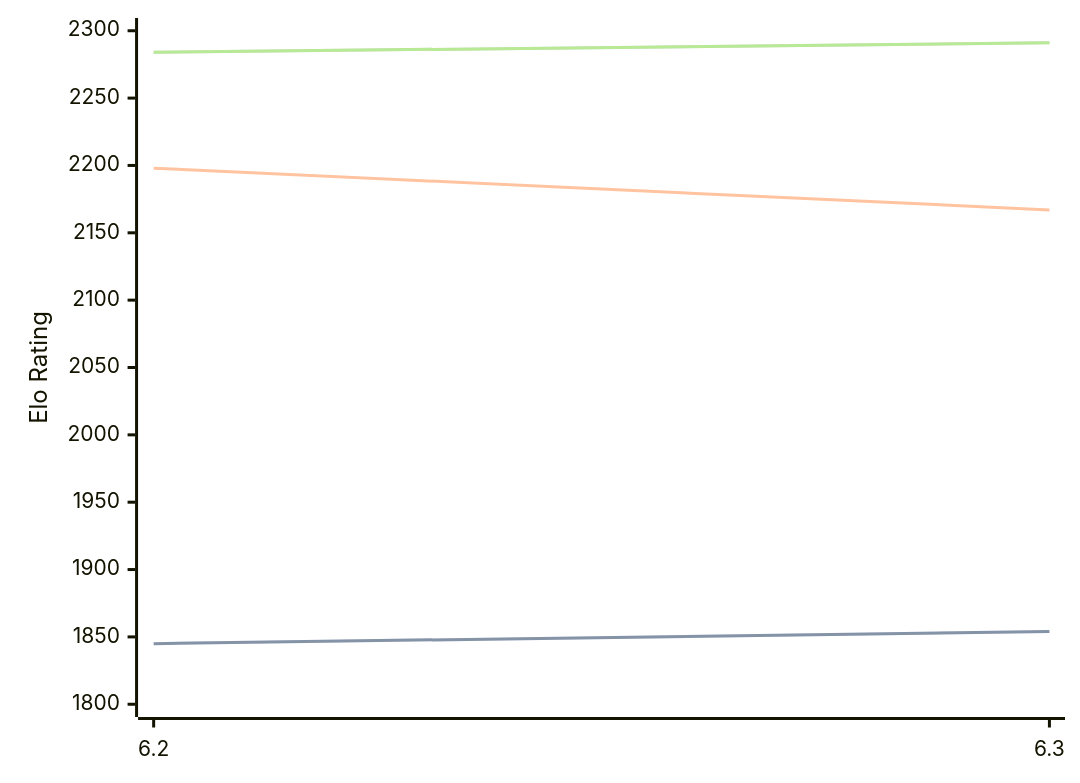
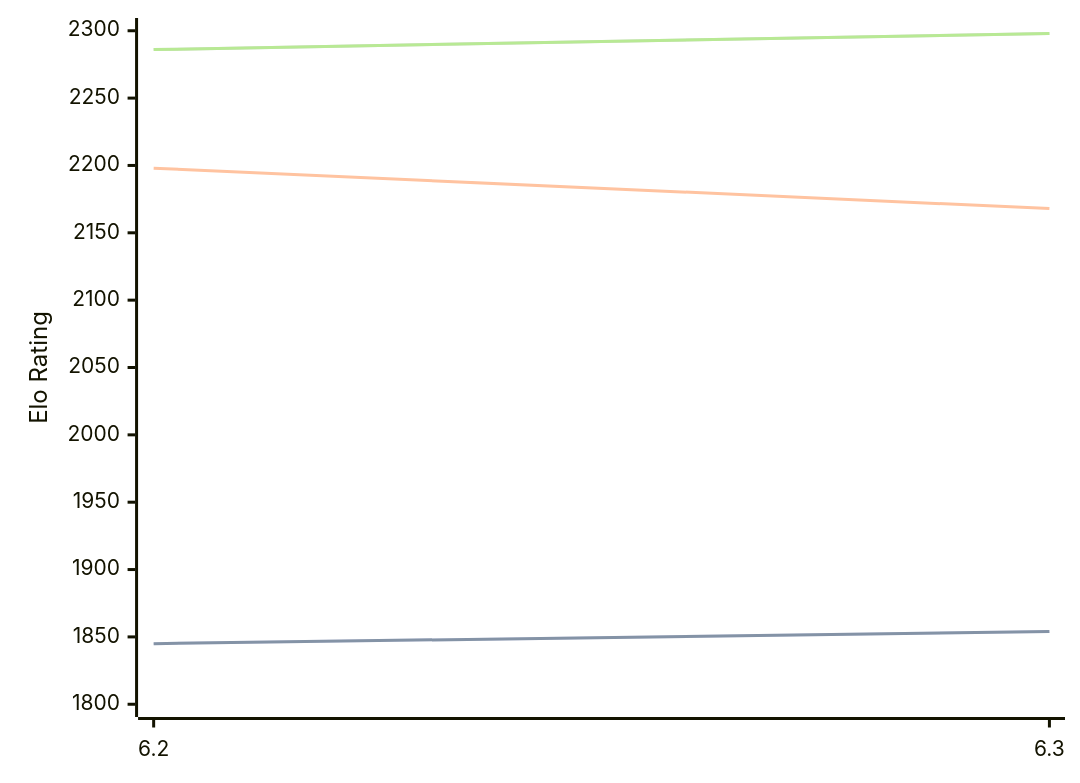
The diagram in engines/chess4j.md (computer-chess-index/cci), drawn with Mermaid before and after one commit. The commit also changed other lines of this file, not shown here.

Commit message:
Update CCI Ratings (ELO VLTC) - 2026-08-15

````diff
--- a/engines/chess4j.md
+++ b/engines/chess4j.md
@@ -32,11 +32,11 @@
 ```mermaid
 %%{init: {"theme":"base","themeVariables":{"seriesColors:['#a3a3a3','#222221','#faa371']}}}%%
 xychart-beta
   x-axis ["6.2", "6.3"]
   y-axis "Elo Rating" 1800 --> 2300
   line "STC (8.0+0.08s)" [1845, 1854]
   line "STC (8.0+0.08s)" [1845, 1854]
-  line "LTC (60.0+0.60s)" [2198, 2167]
-  line "VLTC (2m24s+1.12s)" [2284, 2291]
-  line "VLTC (2m24s+1.12s)" [2284, 2291]
+  line "LTC (60.0+0.60s)" [2198, 2168]
+  line "VLTC (2m24s+1.12s)" [2286, 2298]
+  line "VLTC (2m24s+1.12s)" [2286, 2298]
 ```
````
